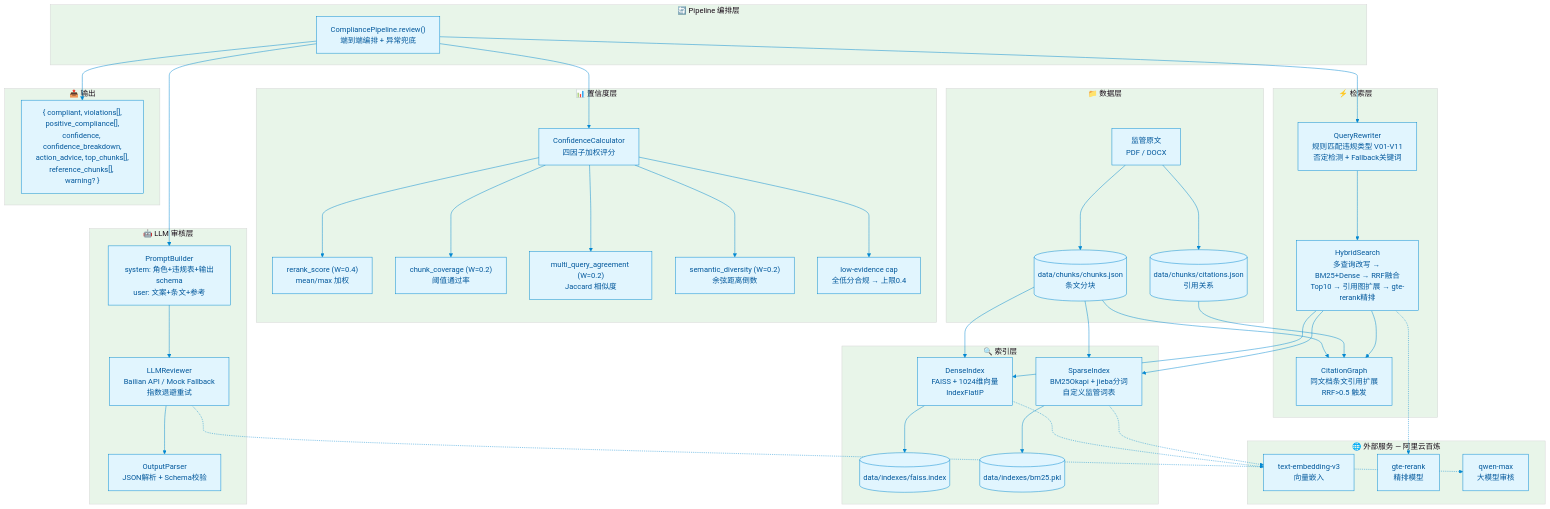
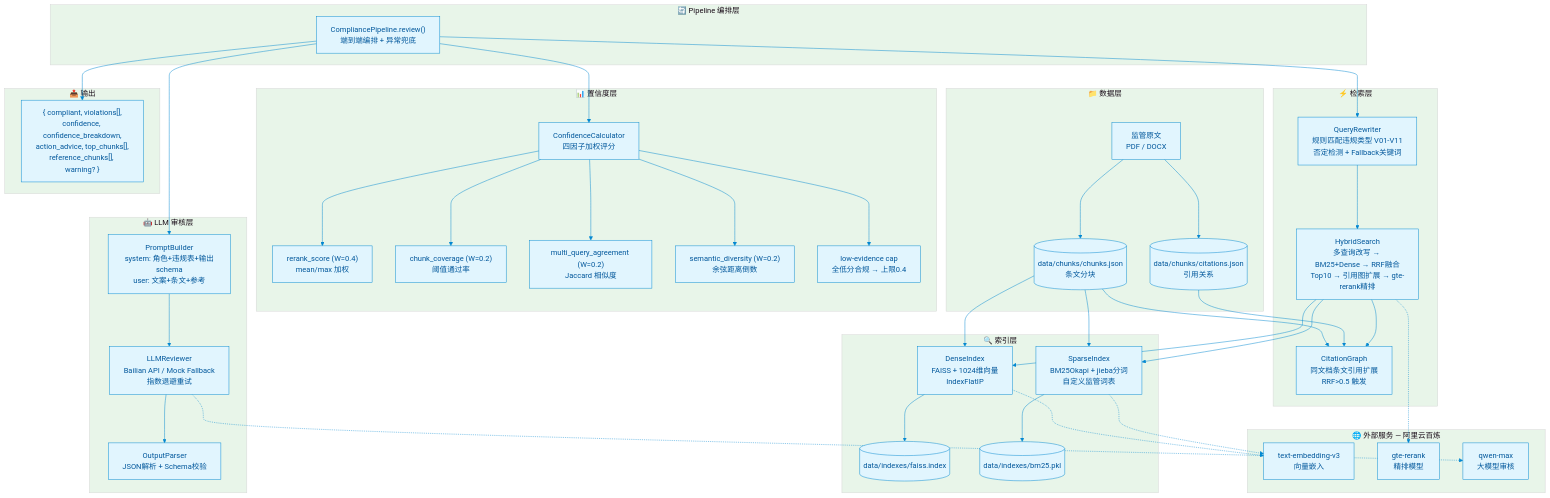
The diagram in docs/architecture.mmd (WUYEWUXIU/compliance-reviewer), drawn with Mermaid before and after one commit. The commit also changed 10 other files, not shown here.

First line of the commit message:
refactor: remove compliance positive tags (C01-C03)

```diff
--- a/docs/architecture.mmd
+++ b/docs/architecture.mmd
@@ -1,82 +1,82 @@
 %%{init: {'theme': 'base', 'themeVariables': { 'primaryColor': '#e1f5fe', 'primaryTextColor': '#01579b', 'primaryBorderColor': '#0288d1', 'lineColor': '#0288d1', 'secondaryColor': '#fff3e0', 'tertiaryColor': '#e8f5e9', 'fontFamily': 'Inter, system-ui, sans-serif'}}}%%
 graph TB
     subgraph External["🌐 外部服务 — 阿里云百炼"]
         API_EMB["text-embedding-v3<br/>向量嵌入"]
         API_RERANK["gte-rerank<br/>精排模型"]
         API_LLM["qwen-max<br/>大模型审核"]
     end
 
     subgraph Data["📁 数据层"]
         DOCS["监管原文<br/>PDF / DOCX"]
         CHUNKS[("data/chunks/chunks.json<br/>条文分块")]
         CITATIONS[("data/chunks/citations.json<br/>引用关系")]
     end
 
     subgraph Indexing["🔍 索引层"]
         DENSE["DenseIndex<br/>FAISS + 1024维向量<br/>IndexFlatIP"]
         SPARSE["SparseIndex<br/>BM25Okapi + jieba分词<br/>自定义监管词表"]
         IDX_FAISS[("data/indexes/faiss.index")]
         IDX_BM25[("data/indexes/bm25.pkl")]
     end
 
     subgraph Retrieval["⚡ 检索层"]
         QRW["QueryRewriter<br/>规则匹配违规类型 V01-V11<br/>否定检测 + Fallback关键词"]
         HS["HybridSearch<br/>多查询改写 → BM25+Dense → RRF融合<br/>Top10 → 引用图扩展 → gte-rerank精排"]
         CG["CitationGraph<br/>同文档条文引用扩展<br/>RRF>0.5 触发"]
     end
 
     subgraph Confidence["📊 置信度层"]
         CONF["ConfidenceCalculator<br/>四因子加权评分"]
         C1["rerank_score (W=0.4)<br/>mean/max 加权"]
         C2["chunk_coverage (W=0.2)<br/>阈值通过率"]
         C3["multi_query_agreement (W=0.2)<br/>Jaccard 相似度"]
         C4["semantic_diversity (W=0.2)<br/>余弦距离倒数"]
         LOW["low-evidence cap<br/>全低分合规 → 上限0.4"]
     end
 
     subgraph LLMReview["🤖 LLM 审核层"]
         PB["PromptBuilder<br/>system: 角色+违规表+输出schema<br/>user: 文案+条文+参考"]
         REV["LLMReviewer<br/>Bailian API / Mock Fallback<br/>指数退避重试"]
         OP["OutputParser<br/>JSON解析 + Schema校验"]
     end
 
     subgraph Pipeline["🔄 Pipeline 编排层"]
         PL["CompliancePipeline.review()<br/>端到端编排 + 异常兜底"]
     end
 
     subgraph Output["📤 输出"]
-        RES["{ compliant, violations[],<br/>positive_compliance[],<br/>confidence, confidence_breakdown,<br/>action_advice, top_chunks[],<br/>reference_chunks[], warning? }"]
+        RES["{ compliant, violations[],<br/>confidence, confidence_breakdown,<br/>action_advice, top_chunks[],<br/>reference_chunks[], warning? }"]
     end
 
     DOCS --> CHUNKS
     DOCS --> CITATIONS
     CHUNKS --> DENSE
     CHUNKS --> SPARSE
     DENSE --> IDX_FAISS
     SPARSE --> IDX_BM25
     DENSE -.-> API_EMB
     SPARSE -.-> API_EMB
 
     CHUNKS --> CG
     CITATIONS --> CG
 
     PL --> QRW
     QRW --> HS
     HS --> DENSE
     HS --> SPARSE
     HS --> CG
     HS -.-> API_RERANK
 
     PL --> CONF
     CONF --> C1
     CONF --> C2
     CONF --> C3
     CONF --> C4
     CONF --> LOW
 
     PL --> PB
     PB --> REV
     REV -.-> API_LLM
     REV --> OP
 
     PL --> RES
```
